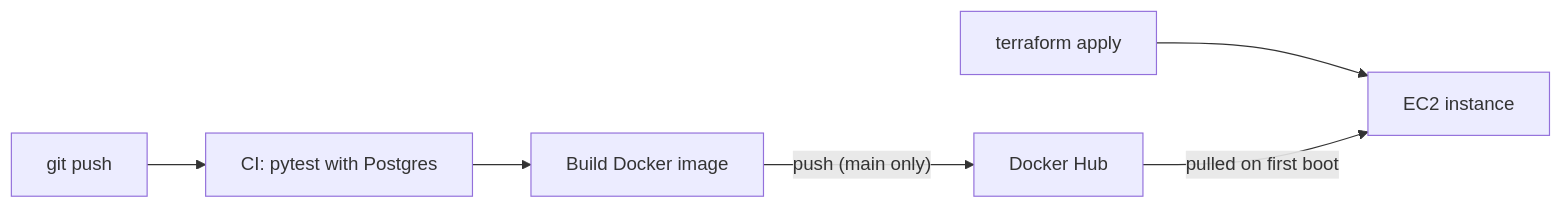
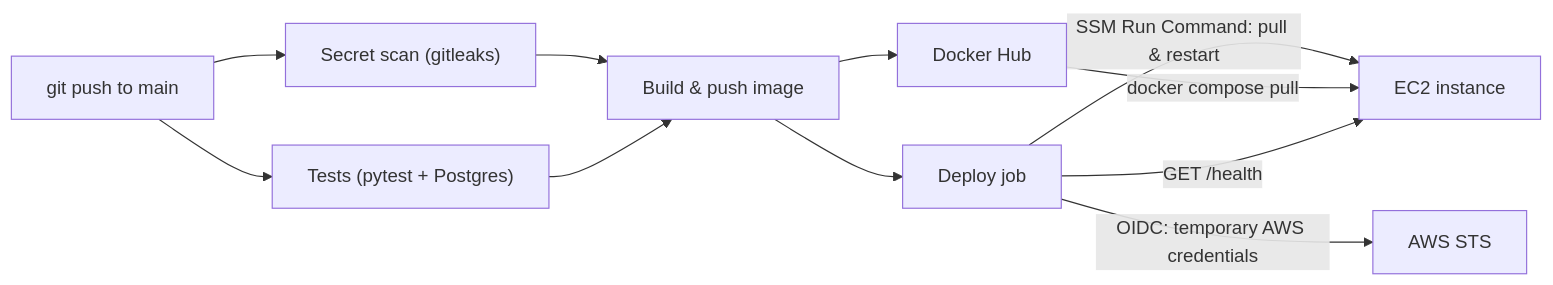
Before and after one commit to syedalz/task-tracker: the second of 2 diagrams in README.md, drawn with Mermaid. The commit also changed other lines of this file, not shown here.

````diff
--- a/README.md
+++ b/README.md
@@ -31,8 +31,13 @@
 ```mermaid
 flowchart LR
-    push["git push"] --> test["CI: pytest with Postgres"]
-    test --> build["Build Docker image"]
-    build -->|"push (main only)"| hub["Docker Hub"]
-    tf["terraform apply"] --> ec2["EC2 instance"]
-    hub -->|"pulled on first boot"| ec2
+    push["git push to main"] --> scan["Secret scan (gitleaks)"]
+    push --> test["Tests (pytest + Postgres)"]
+    scan --> build["Build & push image"]
+    test --> build
+    build --> hub["Docker Hub"]
+    build --> deploy["Deploy job"]
+    deploy -->|"OIDC: temporary AWS credentials"| sts["AWS STS"]
+    deploy -->|"SSM Run Command: pull & restart"| ec2["EC2 instance"]
+    hub -->|"docker compose pull"| ec2
+    deploy -->|"GET /health"| ec2
 ```
````
